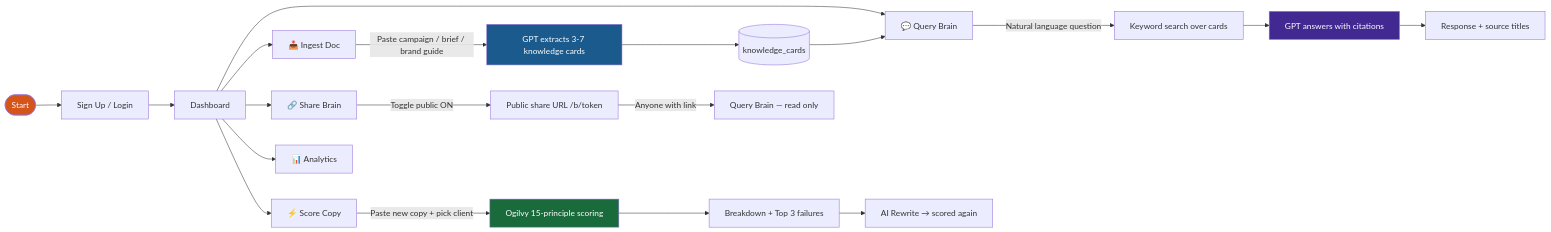
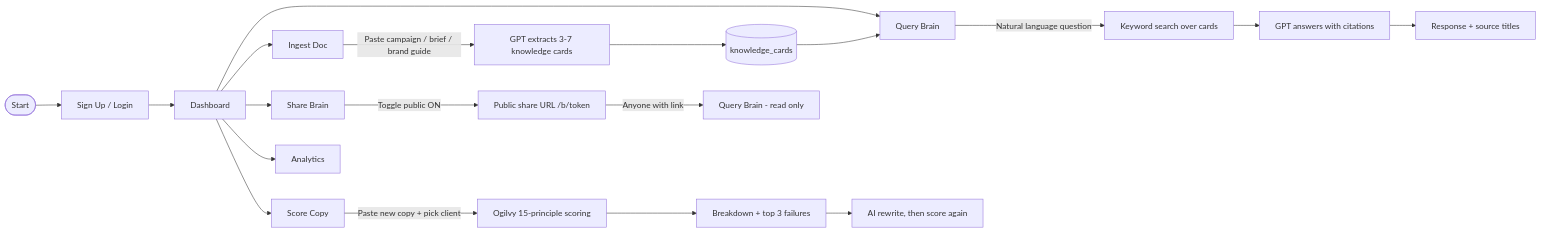
The second of 7 diagrams in README.md (NikhilRaikwar/BrandBrain), drawn with Mermaid before and after one commit. The commit also changed other lines of this file and 3 other files, not shown here.

````diff
--- a/README.md
+++ b/README.md
@@ -50,31 +50,26 @@
 ```mermaid
 flowchart LR
     S([Start]) --> AU[Sign Up / Login]
     AU --> DB[Dashboard]
 
-    DB --> IN[📥 Ingest Doc]
-    DB --> QU[💬 Query Brain]
-    DB --> SC[⚡ Score Copy]
-    DB --> SH[🔗 Share Brain]
-    DB --> AN[📊 Analytics]
+    DB --> IN[Ingest Doc]
+    DB --> QU[Query Brain]
+    DB --> SC[Score Copy]
+    DB --> SH[Share Brain]
+    DB --> AN[Analytics]
 
     IN --> |Paste campaign / brief / brand guide| EX[GPT extracts 3-7 knowledge cards]
     EX --> KC[(knowledge_cards)]
     KC --> QU
 
     QU --> |Natural language question| KS[Keyword search over cards]
     KS --> GPT[GPT answers with citations]
     GPT --> RS[Response + source titles]
 
     SC --> |Paste new copy + pick client| OG[Ogilvy 15-principle scoring]
-    OG --> BR[Breakdown + Top 3 failures]
-    BR --> RW[AI Rewrite → scored again]
+    OG --> BR[Breakdown + top 3 failures]
+    BR --> RW[AI rewrite, then score again]
 
     SH --> |Toggle public ON| PL[Public share URL /b/token]
-    PL --> |Anyone with link| QB[Query Brain — read only]
-
-    style S fill:#d4541a,color:#fff
-    style EX fill:#1a5a8c,color:#fff
-    style GPT fill:#412991,color:#fff
-    style OG fill:#1a6b3c,color:#fff
+    PL --> |Anyone with link| QB[Query Brain - read only]
 ```
````
